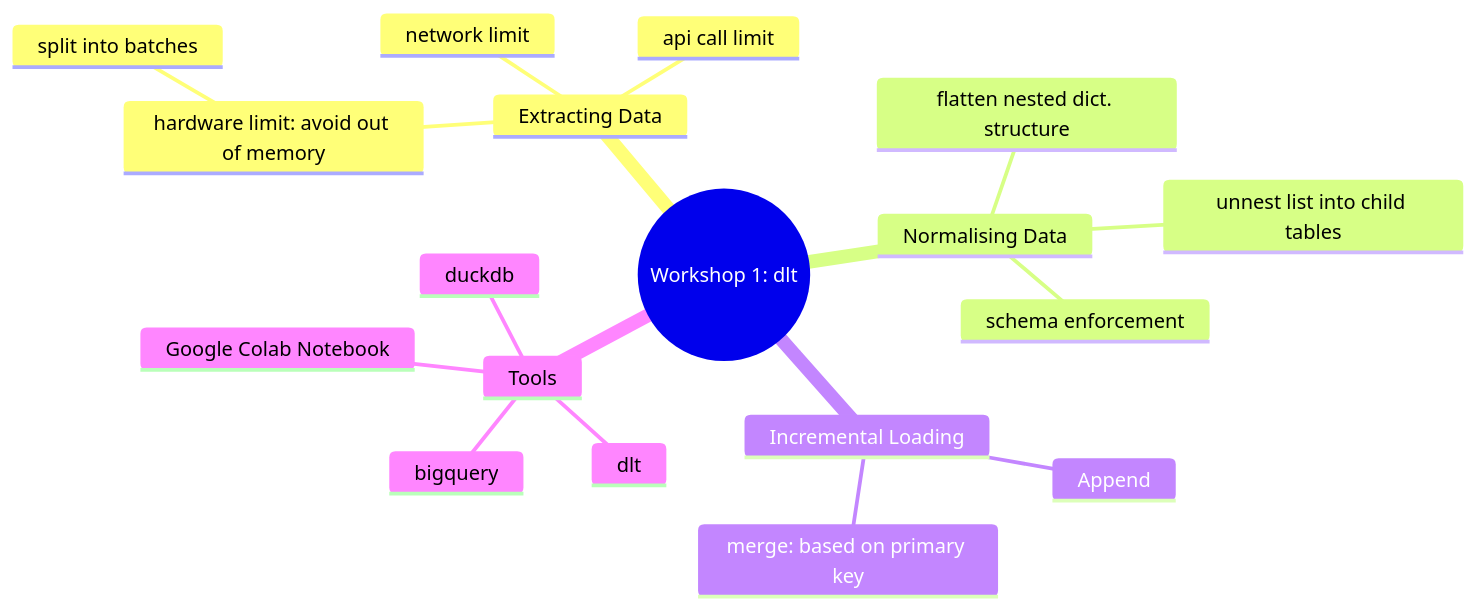
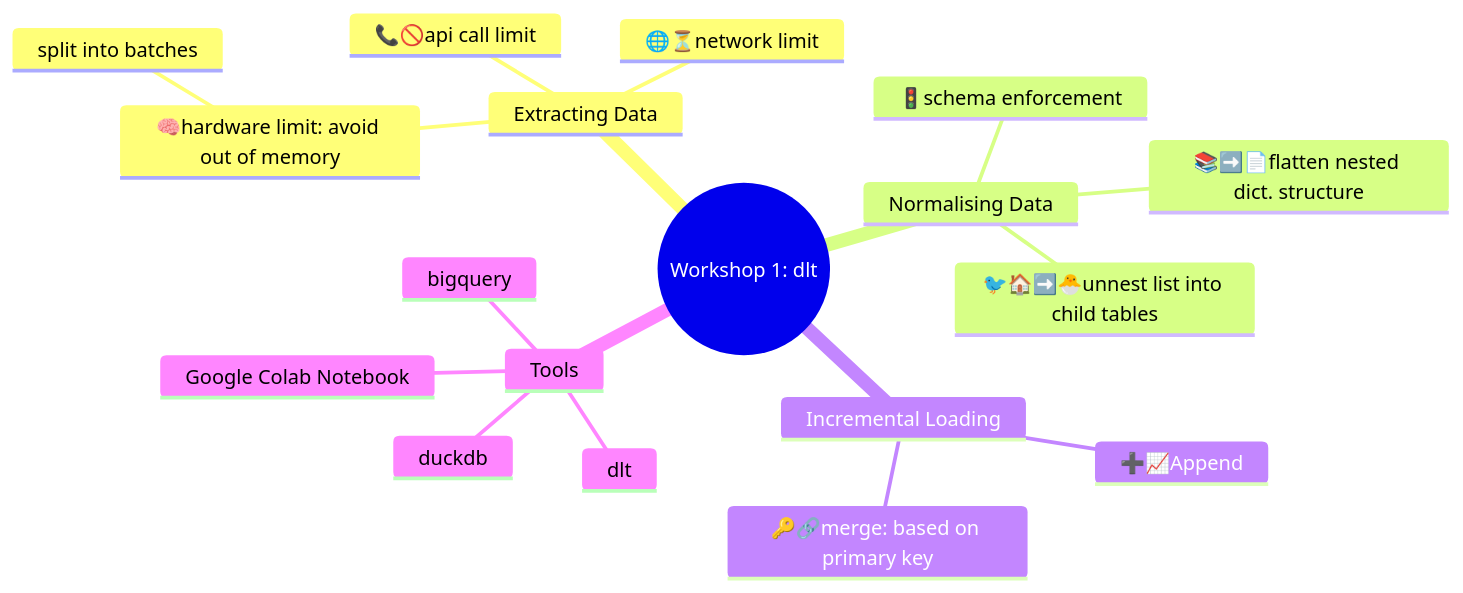
One commit to alangan17/DataEngineerZoomCamp2024Workshop1 changed the diagram in README.md. Above: the diagram before and after it, drawn with Mermaid.

````diff
--- a/README.md
+++ b/README.md
@@ -14,21 +14,21 @@
 ```mermaid
 mindmap
     root((Workshop 1: dlt))
         Extracting Data
-            hardware limit: avoid out of memory
+            🧠hardware limit: avoid out of memory
                 split into batches
-            network limit
-            api call limit
+            🌐⏳network limit
+            📞🚫api call limit
         Normalising Data
-            schema enforcement
-            flatten nested dict. structure
-            unnest list into child tables
+            🚦schema enforcement
+            📚➡️📄flatten nested dict. structure
+            🐦🏠➡️🐣unnest list into child tables
         Incremental Loading
-            Append
-            merge: based on primary key
+            ➕📈Append
+            🔑🔗merge: based on primary key
         Tools
             dlt
             duckdb
             bigquery
             Google Colab Notebook
 ```
````
